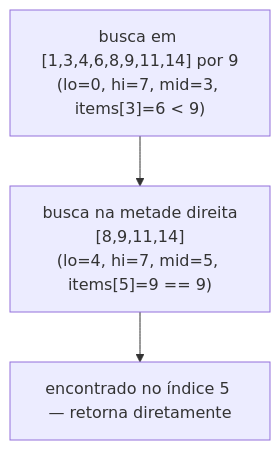
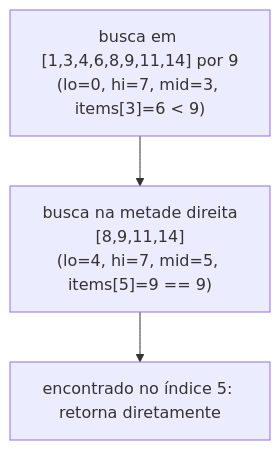
One commit to alexcastrodev/my-university changed the first of 2 diagrams in backend/src/seed/data/curriculum/algorithms-software/algorithms/content/the-divide-and-conquer-paradigm/pt-BR.md. Above: the diagram before and after it, drawn with Mermaid. The commit also changed other lines of this file and 27 other files, not shown here.

````diff
--- a/backend/src/seed/data/curriculum/algorithms-software/algorithms/content/the-divide-and-conquer-paradigm/pt-BR.md
+++ b/backend/src/seed/data/curriculum/algorithms-software/algorithms/content/the-divide-and-conquer-paradigm/pt-BR.md
@@ -68,5 +68,5 @@
 ```mermaid
 flowchart TD
     A["busca em [1,3,4,6,8,9,11,14] por 9\n(lo=0, hi=7, mid=3, items[3]=6 < 9)"] --> B["busca na metade direita\n[8,9,11,14]\n(lo=4, hi=7, mid=5, items[5]=9 == 9)"]
-    B --> C["encontrado no índice 5 — retorna diretamente"]
+    B --> C["encontrado no índice 5: retorna diretamente"]
 ```
````
